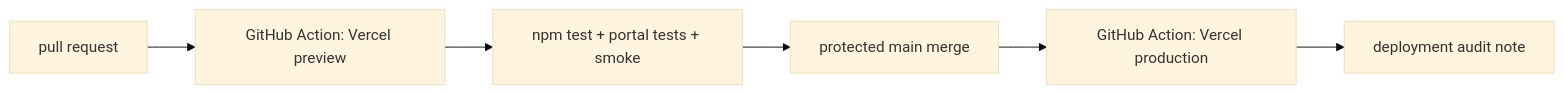
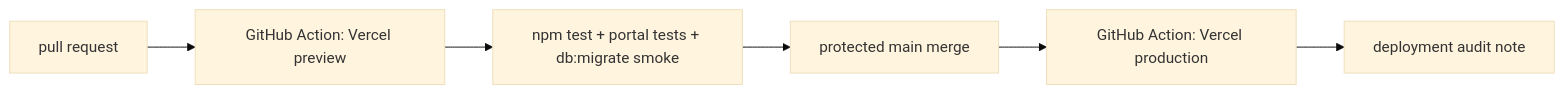
The third of 3 diagrams in docs/architecture/hosted-agentic-suite.md (chipoto69/fieldtheory), drawn with Mermaid (base theme) before and after one commit. The commit also changed other lines of this file and 33 other files, not shown here.

````diff
--- a/docs/architecture/hosted-agentic-suite.md
+++ b/docs/architecture/hosted-agentic-suite.md
@@ -143,8 +146,8 @@
 ```mermaid
 flowchart LR
   PR["pull request"] --> Preview["GitHub Action: Vercel preview"]
-  Preview --> Tests["npm test + portal tests + smoke"]
+  Preview --> Tests["npm test + portal tests + db:migrate smoke"]
   Tests --> Merge["protected main merge"]
   Merge --> Prod["GitHub Action: Vercel production"]
   Prod --> Audit["deployment audit note"]
 ```
````
